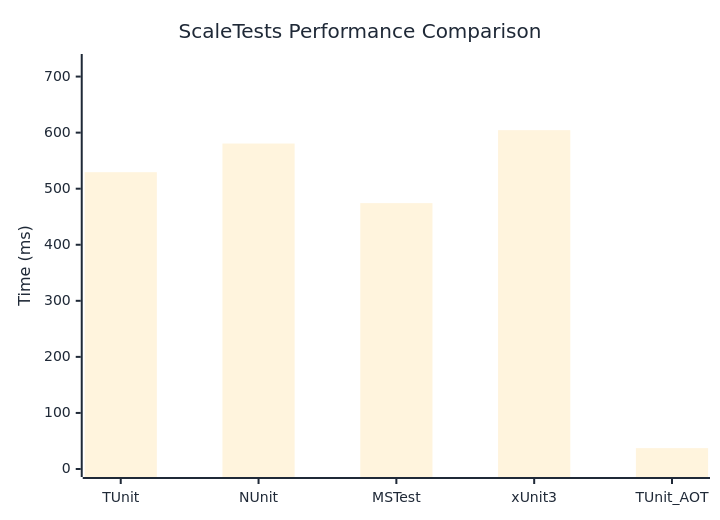
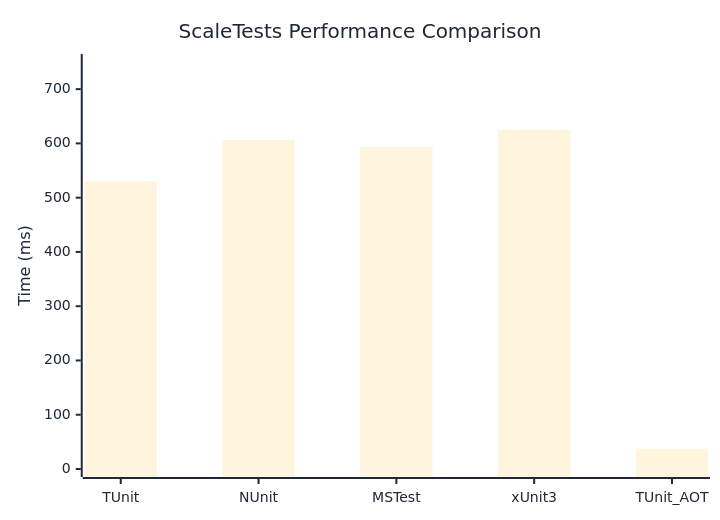
The diagram in docs/docs/benchmarks/ScaleTests.md (thomhurst/TUnit), drawn with Mermaid before and after one commit. The commit also changed other lines of this file and 17 other files, not shown here.

````diff
--- a/docs/docs/benchmarks/ScaleTests.md
+++ b/docs/docs/benchmarks/ScaleTests.md
@@ -27,37 +27,37 @@
 ```mermaid
 %%{init: {
   'theme':'base',
   'themeVariables': {
     'primaryColor': '#2563eb',
     'primaryTextColor': '#1f2937',
     'primaryBorderColor': '#1e40af',
     'lineColor': '#6b7280',
     'secondaryColor': '#7c3aed',
     'tertiaryColor': '#dc2626',
     'background': '#ffffff',
     'mainBkg': '#2563eb',
     'secondBkg': '#7c3aed',
     'tertiaryBkg': '#dc2626',
     'clusterBkg': '#f3f4f6',
     'edgeLabelBackground': '#ffffff',
     'tertiaryTextColor': '#1f2937',
     'pie1': '#2563eb',
     'pie2': '#7c3aed',
     'pie3': '#dc2626',
     'pie4': '#f59e0b',
     'pie5': '#10b981',
     'pie6': '#06b6d4',
     'pie7': '#ec4899',
     'pie8': '#6366f1',
     'pie9': '#84cc16',
     'pie10': '#f97316',
     'pie11': '#14b8a6',
     'pie12': '#a855f7'
   }
 }}%%
 xychart-beta
   title "ScaleTests Performance Comparison"
   x-axis ["TUnit", "NUnit", "MSTest", "xUnit3", "TUnit_AOT"]
-  y-axis "Time (ms)" 0 --> 726
-  bar [529.43, 580.55, 474.27, 604.44, 37.21]
+  y-axis "Time (ms)" 0 --> 750
+  bar [530.69, 606.4, 593.65, 624.76, 37.33]
 ```
````
